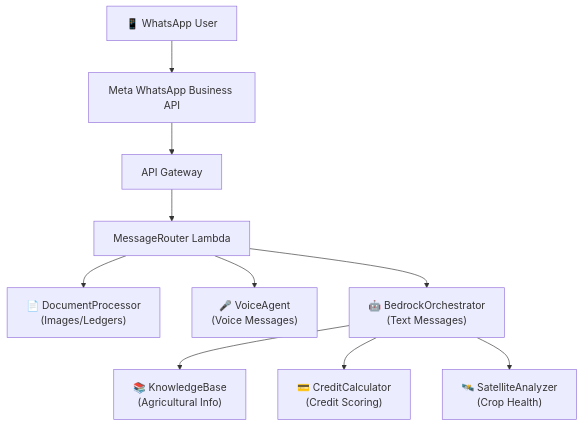
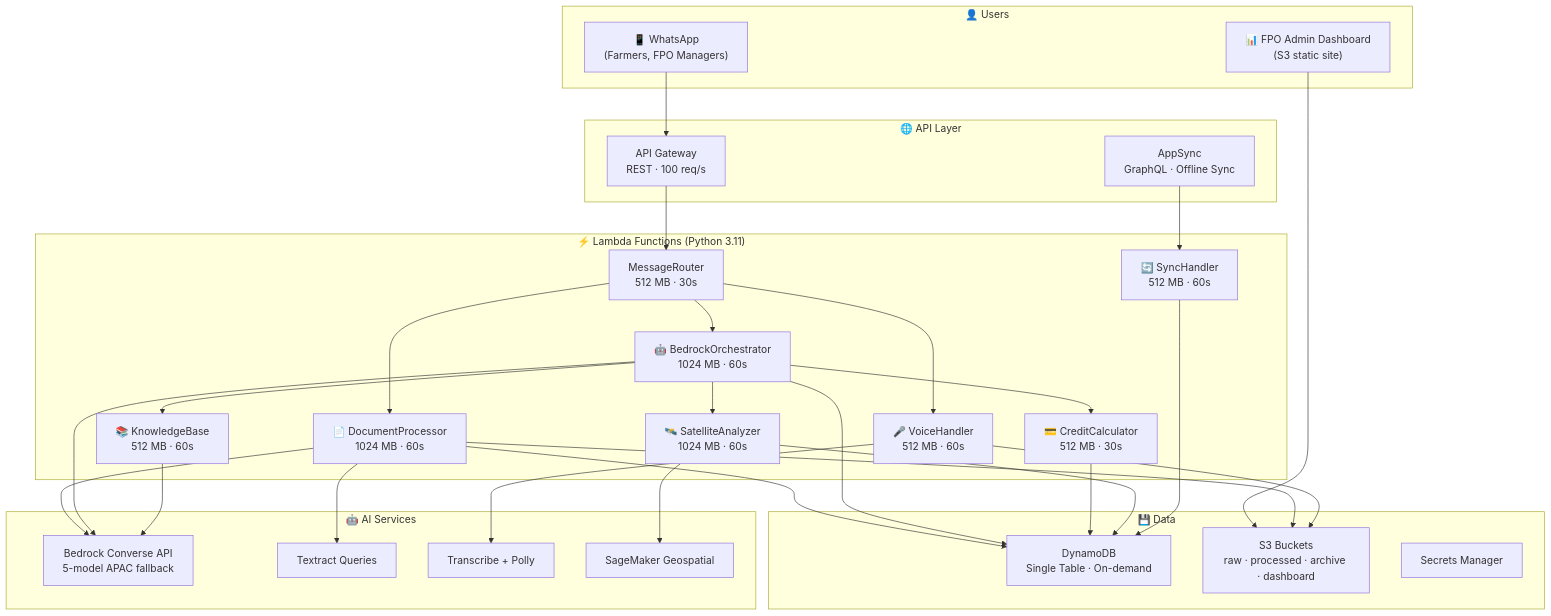
The first of 2 diagrams in README.md (hackergod00001/Kisan-Setu), drawn with Mermaid before and after one commit. The commit also changed other lines of this file and 1 other file, not shown here.

First line of the commit message:
Overhaul root README.md and convert kisan-setu-mvp/README.md architecture to Mermaid

````diff
--- a/README.md
+++ b/README.md
@@ -20,12 +24,49 @@
 ```mermaid
 graph TB
-    WA["📱 WhatsApp User"] --> META["Meta WhatsApp Business API"]
-    META --> APIGW["API Gateway"]
-    APIGW --> ROUTER["MessageRouter Lambda"]
-    ROUTER --> DOC["📄 DocumentProcessor<br/>(Images/Ledgers)"]
-    ROUTER --> VOICE["🎤 VoiceAgent<br/>(Voice Messages)"]
-    ROUTER --> ORCH["🤖 BedrockOrchestrator<br/>(Text Messages)"]
-    ORCH --> KB["📚 KnowledgeBase<br/>(Agricultural Info)"]
-    ORCH --> CREDIT["💳 CreditCalculator<br/>(Credit Scoring)"]
-    ORCH --> SAT["🛰️ SatelliteAnalyzer<br/>(Crop Health)"]
+    subgraph Users["👤 Users"]
+        WA["📱 WhatsApp<br/>(Farmers, FPO Managers)"]
+        DASH["📊 FPO Admin Dashboard<br/>(S3 static site)"]
+    end
+
+    subgraph API["🌐 API Layer"]
+        APIGW["API Gateway<br/>REST · 100 req/s"]
+        APPSYNC["AppSync<br/>GraphQL · Offline Sync"]
+    end
+
+    subgraph Compute["⚡ Lambda Functions (Python 3.11)"]
+        ROUTER["MessageRouter<br/>512 MB · 30s"]
+        DOC["📄 DocumentProcessor<br/>1024 MB · 60s"]
+        VOICE["🎤 VoiceHandler<br/>512 MB · 60s"]
+        ORCH["🤖 BedrockOrchestrator<br/>1024 MB · 60s"]
+        CREDIT["💳 CreditCalculator<br/>512 MB · 30s"]
+        SAT["🛰️ SatelliteAnalyzer<br/>1024 MB · 60s"]
+        KB["📚 KnowledgeBase<br/>512 MB · 60s"]
+        SYNC["🔄 SyncHandler<br/>512 MB · 60s"]
+    end
+
+    subgraph AI["🤖 AI Services"]
+        BEDROCK["Bedrock Converse API<br/>5-model APAC fallback"]
+        TEXTRACT["Textract Queries"]
+        TRANSCRIBE["Transcribe + Polly"]
+        SAGEMAKER["SageMaker Geospatial"]
+    end
+
+    subgraph Data["💾 Data"]
+        DDB["DynamoDB<br/>Single Table · On-demand"]
+        S3["S3 Buckets<br/>raw · processed · archive · dashboard"]
+        SECRETS["Secrets Manager"]
+    end
+
+    WA --> APIGW --> ROUTER
+    DASH --> S3
+    APPSYNC --> SYNC
+    ROUTER --> DOC & VOICE & ORCH
+    ORCH --> CREDIT & SAT & KB
+    DOC --> BEDROCK & TEXTRACT
+    VOICE --> TRANSCRIBE
+    ORCH --> BEDROCK
+    KB --> BEDROCK
+    SAT --> SAGEMAKER
+    DOC & ORCH & CREDIT & SAT & SYNC --> DDB
+    DOC & VOICE --> S3
 ```
````
